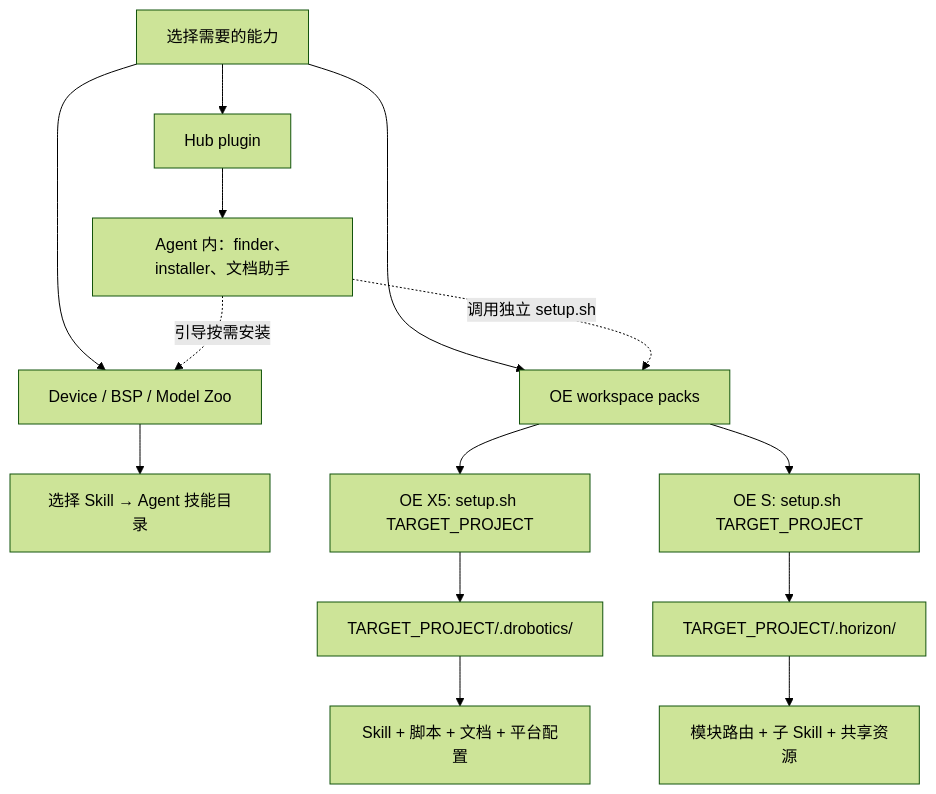
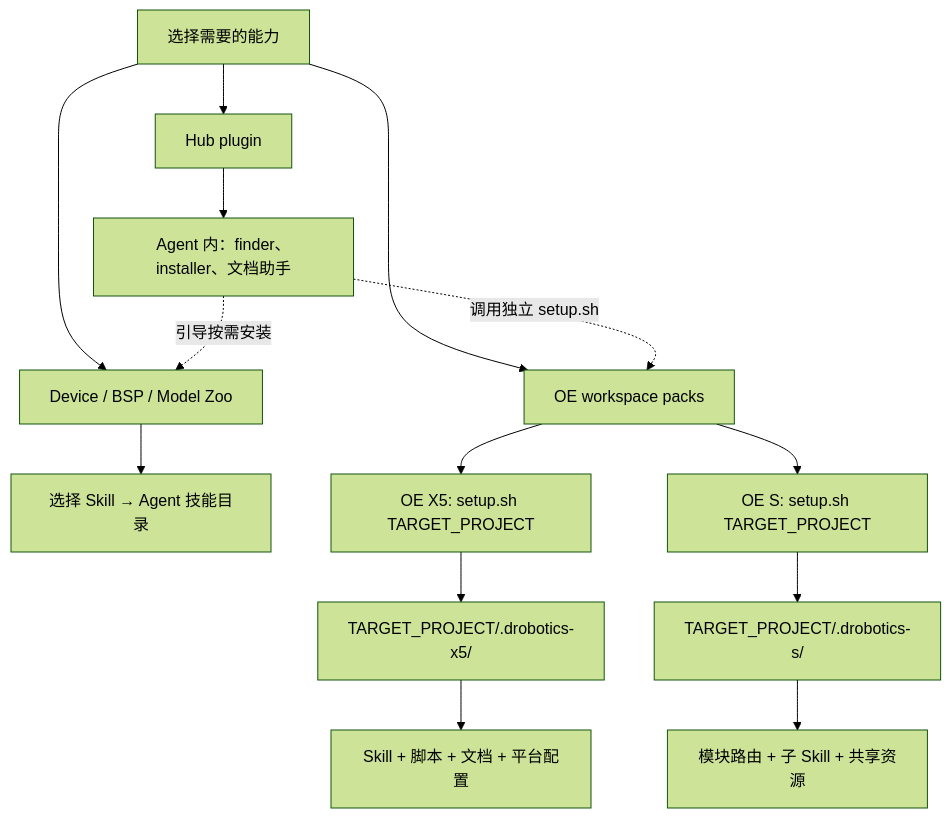
Before and after one commit to D-Robotics/rdk-skills: the second of 2 diagrams in README_cn.md, drawn with Mermaid (forest theme). The commit also changed other lines of this file and 362 other files, not shown here.

````diff
--- a/README_cn.md
+++ b/README_cn.md
@@ -45,17 +45,17 @@
 ```mermaid
 flowchart TB
     entry["选择需要的能力"]
     entry --> plugin["Hub plugin"]
     entry --> flat["Device / BSP / Model Zoo"]
     entry --> packs["OE workspace packs"]
     plugin --> helper["Agent 内：finder、installer、文档助手"]
     helper -. "引导按需安装" .-> flat
     helper -. "调用独立 setup.sh" .-> packs
     flat --> agent["选择 Skill → Agent 技能目录"]
     packs --> x5["OE X5: setup.sh TARGET_PROJECT"]
     packs --> s["OE S: setup.sh TARGET_PROJECT"]
-    x5 --> xd["TARGET_PROJECT/.drobotics/"]
-    s --> sd["TARGET_PROJECT/.horizon/"]
+    x5 --> xd["TARGET_PROJECT/.drobotics-x5/"]
+    s --> sd["TARGET_PROJECT/.drobotics-s/"]
     xd --> xr["Skill + 脚本 + 文档 + 平台配置"]
     sd --> sr["模块路由 + 子 Skill + 共享资源"]
 ```
````
